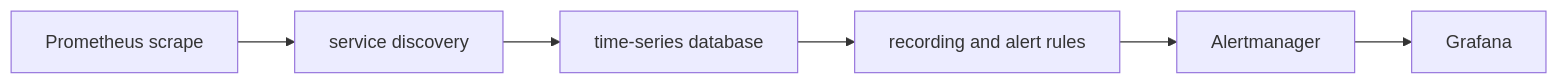
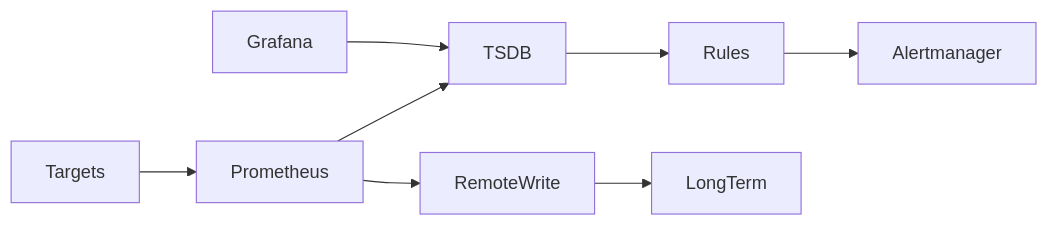
One commit to m1mohamad/devops-sre-prep changed the diagram in docs/study/observability/02-prometheus-and-grafana.md. Above: the diagram before and after it, drawn with Mermaid. The commit also changed other lines of this file and 106 other files, not shown here.

````diff
--- a/docs/study/observability/02-prometheus-and-grafana.md
+++ b/docs/study/observability/02-prometheus-and-grafana.md
@@ -15,4 +19,6 @@
 ```mermaid
 flowchart LR
-  N0[Prometheus scrape] --> N1[service discovery] --> N2[time-series database] --> N3[recording and alert rules] --> N4[Alertmanager] --> N5[Grafana]
+  Targets --> Prometheus --> TSDB --> Rules --> Alertmanager
+  Prometheus --> RemoteWrite --> LongTerm
+  Grafana --> TSDB
 ```
````
